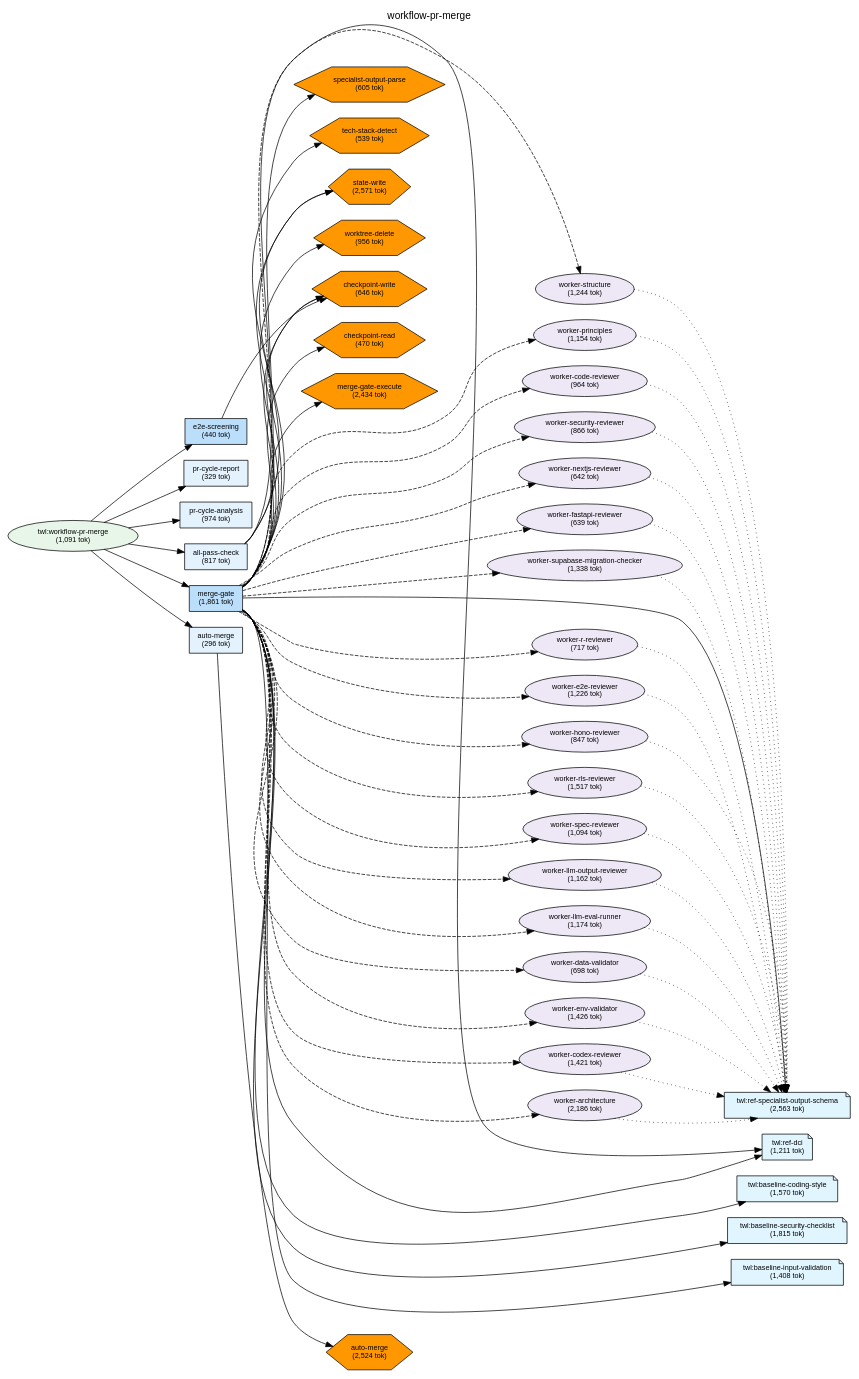
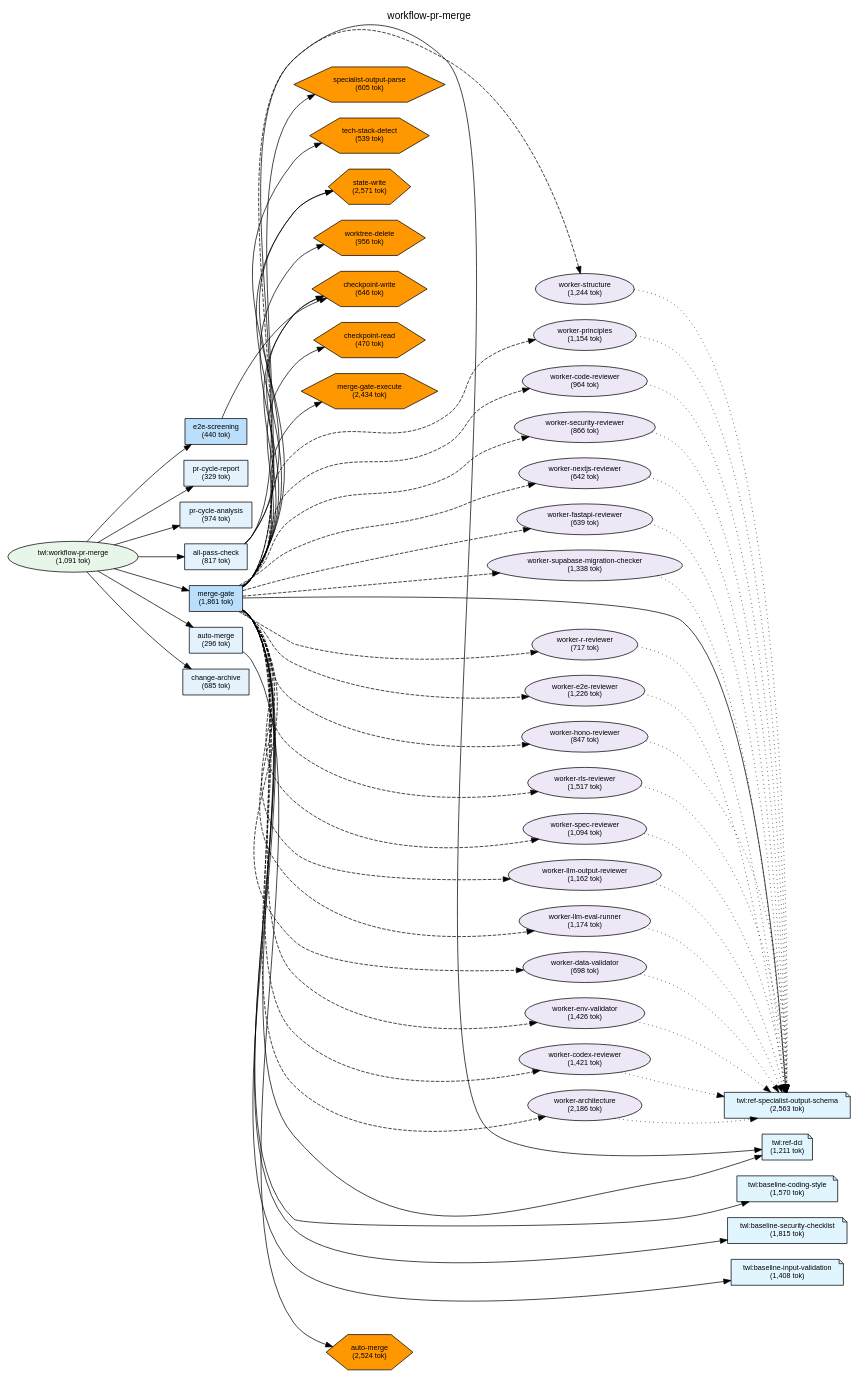
One commit to shuu5/twill changed the diagram in plugins/twl/docs/deps-workflow-pr-merge.dot. Above: the diagram before and after it, drawn with Graphviz. The commit also changed 39 other files, not shown here.

```diff
--- a/plugins/twl/docs/deps-workflow-pr-merge.dot
+++ b/plugins/twl/docs/deps-workflow-pr-merge.dot
@@ -25,6 +25,7 @@
     skill_baseline_input_validation [label="twl:baseline-input-validation\n(1,408 tok)", shape=note, style=filled, fillcolor="#e1f5fe"];
 
     // L1: Direct Commands
+    cmd_change_archive [label="change-archive\n(685 tok)", shape=box, style=filled, fillcolor="#e3f2fd"];
     cmd_pr_cycle_report [label="pr-cycle-report\n(329 tok)", shape=box, style=filled, fillcolor="#e3f2fd"];
     cmd_all_pass_check [label="all-pass-check\n(817 tok)", shape=box, style=filled, fillcolor="#e3f2fd"];
     cmd_e2e_screening [label="e2e-screening\n(440 tok)", shape=box, style=filled, fillcolor="#bbdefb"];
@@ -69,7 +70,7 @@
     // Layer constraints
     { rank=same; skill_workflow_pr_merge; }
     { rank=same; skill_ref_specialist_output_schema; skill_ref_dci; skill_baseline_coding_style; skill_baseline_security_checklist; skill_baseline_input_validation; }
-    { rank=same; cmd_pr_cycle_report; cmd_all_pass_check; cmd_e2e_screening; cmd_merge_gate; cmd_auto_merge; cmd_pr_cycle_analysis; }
+    { rank=same; cmd_change_archive; cmd_pr_cycle_report; cmd_all_pass_check; cmd_e2e_screening; cmd_merge_gate; cmd_auto_merge; cmd_pr_cycle_analysis; }
     { rank=same; agent_worker_structure; agent_worker_principles; agent_worker_env_validator; agent_worker_rls_reviewer; agent_worker_supabase_migration_checker; agent_worker_data_validator; agent_worker_e2e_reviewer; agent_worker_spec_reviewer; agent_worker_codex_reviewer; agent_worker_code_reviewer; agent_worker_security_reviewer; agent_worker_nextjs_reviewer; agent_worker_fastapi_reviewer; agent_worker_hono_reviewer; agent_worker_r_reviewer; agent_worker_architecture; agent_worker_llm_output_reviewer; agent_worker_llm_eval_runner; }
     { rank=same; script_state_write; script_worktree_delete; script_tech_stack_detect; script_specialist_output_parse; script_merge_gate_execute; script_auto_merge; script_checkpoint_write; script_checkpoint_read; }
 
@@ -80,6 +81,7 @@
     skill_workflow_pr_merge -> cmd_all_pass_check;
     skill_workflow_pr_merge -> cmd_merge_gate;
     skill_workflow_pr_merge -> cmd_auto_merge;
+    skill_workflow_pr_merge -> cmd_change_archive;
     cmd_all_pass_check -> script_state_write;
     cmd_all_pass_check -> script_checkpoint_write;
     cmd_all_pass_check -> skill_ref_dci;
@@ -140,6 +142,7 @@
     cmd_pr_cycle_analysis -> cmd_all_pass_check [style=invis, weight=10];
     cmd_all_pass_check -> cmd_merge_gate [style=invis, weight=10];
     cmd_merge_gate -> cmd_auto_merge [style=invis, weight=10];
+    cmd_auto_merge -> cmd_change_archive [style=invis, weight=10];
     script_state_write -> script_checkpoint_write [style=invis, weight=10];
     script_checkpoint_write -> skill_ref_dci [style=invis, weight=10];
     agent_worker_structure -> agent_worker_principles [style=invis, weight=10];
```
